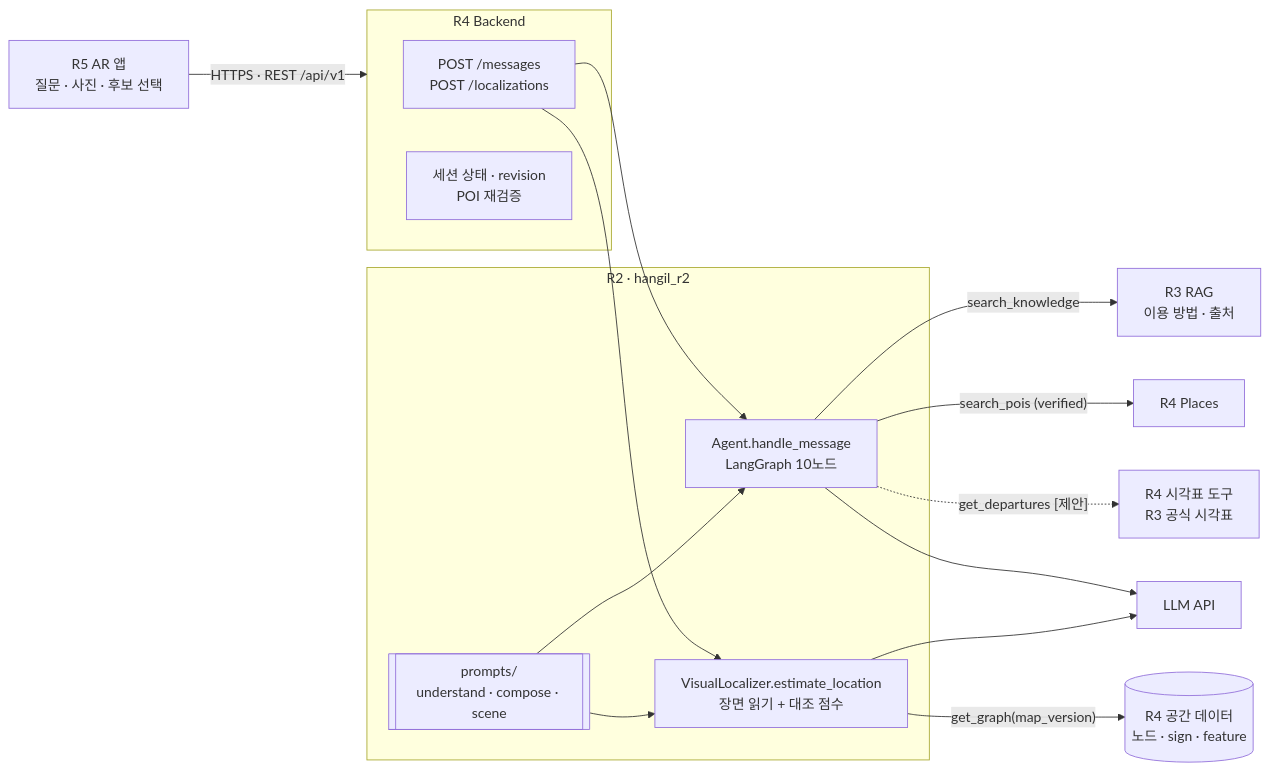
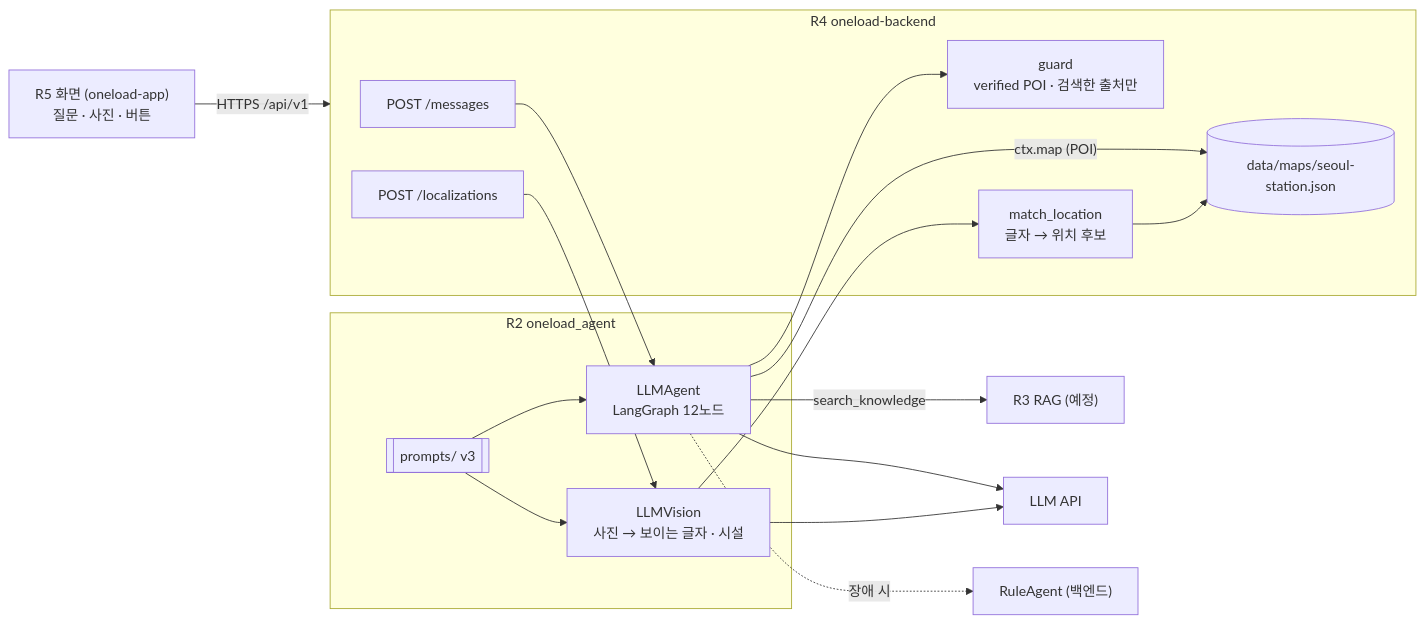
The diagram in docs/STEP05.md (team-onetruck/oneload_agent), drawn with Mermaid before and after one commit. The commit also changed other lines of this file and 42 other files, not shown here.

First line of the commit message:
oneload-backend AI 규격에 맞춰 R2 재구성

````diff
--- a/docs/STEP05.md
+++ b/docs/STEP05.md
@@ -7,26 +8,29 @@
 ```mermaid
 flowchart LR
-  APP["R5 AR 앱<br/>질문 · 사진 · 후보 선택"] -- "HTTPS · REST /api/v1" --> BE
+  APP["R5 화면 (oneload-app)<br/>질문 · 사진 · 버튼"] -- "HTTPS /api/v1" --> BE
 
-  subgraph BE[R4 Backend]
-    API["POST /messages<br/>POST /localizations"]
-    STATE["세션 상태 · revision<br/>POI 재검증"]
+  subgraph BE[R4 oneload-backend]
+    MSG["POST /messages"]
+    LOC["POST /localizations"]
+    GUARD["guard<br/>verified POI · 검색한 출처만"]
+    MATCH["match_location<br/>글자 → 위치 후보"]
+    MAP[("data/maps/seoul-station.json")]
   end
 
-  subgraph R2[R2 · hangil_r2]
-    AG["Agent.handle_message<br/>LangGraph 10노드"]
-    VL["VisualLocalizer.estimate_location<br/>장면 읽기 + 대조 점수"]
-    PR[["prompts/<br/>understand · compose · scene"]]
+  subgraph R2[R2 oneload_agent]
+    AG["LLMAgent<br/>LangGraph 12노드"]
+    VI["LLMVision<br/>사진 → 보이는 글자 · 시설"]
+    PR[["prompts/ v3"]]
   end
 
-  API --> AG
-  API --> VL
+  MSG --> AG --> GUARD
+  LOC --> VI --> MATCH
+  AG -- "ctx.map (POI)" --> MAP
+  MATCH --> MAP
+  AG -- "search_knowledge" --> RAG["R3 RAG (예정)"]
+  AG --> LLM["LLM API"]
+  VI --> LLM
   PR --> AG
-  PR --> VL
-  AG -- "search_knowledge" --> RAG["R3 RAG<br/>이용 방법 · 출처"]
-  AG -- "search_pois (verified)" --> PL["R4 Places"]
-  AG -. "get_departures [제안]" .-> TT["R4 시각표 도구<br/>R3 공식 시각표"]
-  VL -- "get_graph(map_version)" --> MAP[("R4 공간 데이터<br/>노드 · sign · feature")]
-  AG --> LLM["LLM API"]
-  VL --> LLM
+  PR --> VI
+  AG -. "장애 시" .-> RULE["RuleAgent (백엔드)"]
 ```
````
